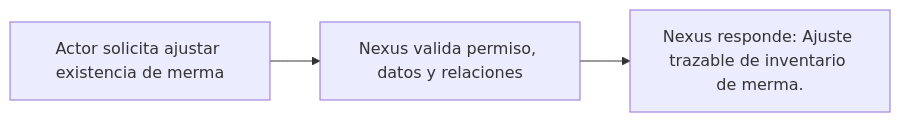
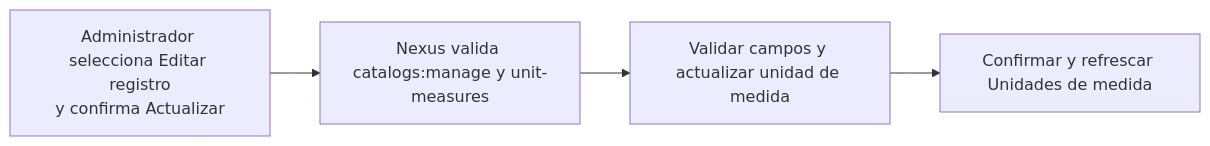
The diagram in docs/requirements/diagrams/catalogs/cu-cat-21.md (gpgsistemas01/nexus), drawn with Mermaid before and after one commit. The commit also changed other lines of this file and 287 other files, not shown here.

````diff
--- a/docs/requirements/diagrams/catalogs/cu-cat-21.md
+++ b/docs/requirements/diagrams/catalogs/cu-cat-21.md
@@ -3,5 +3,6 @@
 ```mermaid
 flowchart LR
-    request["Actor solicita ajustar existencia de merma"] --> validate["Nexus valida permiso, datos y relaciones"]
-    validate --> result["Nexus responde: Ajuste trazable de inventario de merma."]
+    request["Administrador selecciona Editar registro<br/>y confirma Actualizar"] --> authorize["Nexus valida catalogs:manage y unit-measures"]
+    authorize --> persist["Validar campos y actualizar unidad de medida"]
+    persist --> result["Confirmar y refrescar Unidades de medida"]
 ```
````
